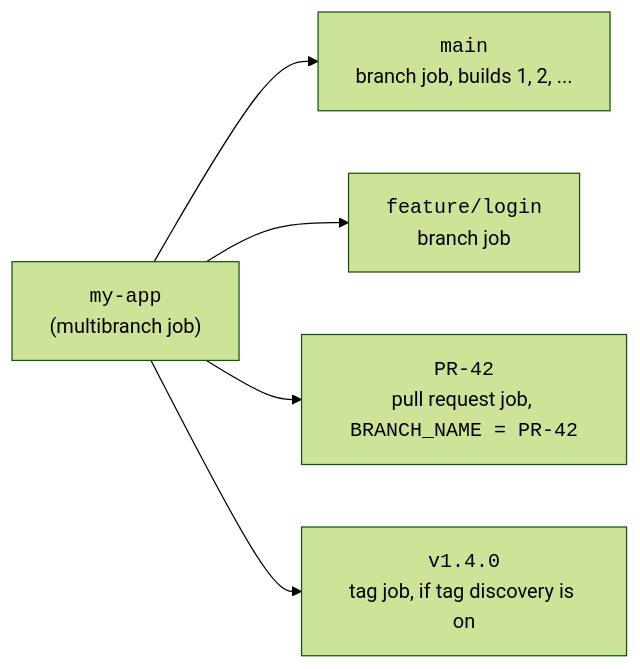
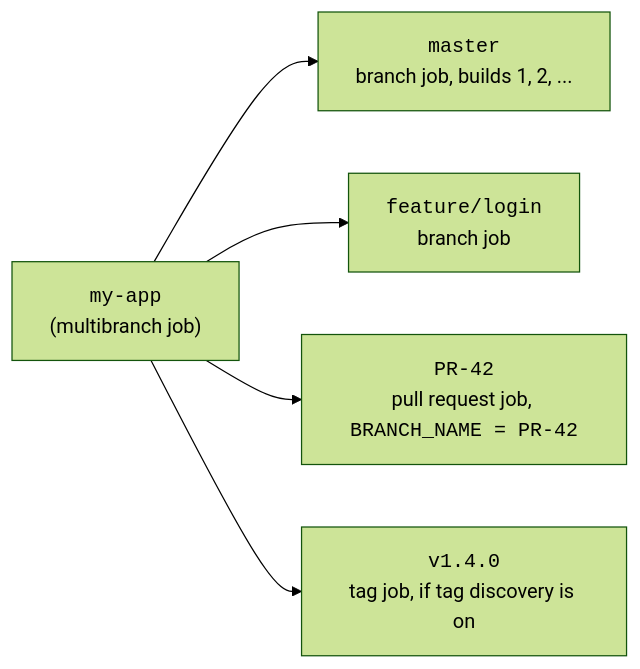
The second of 2 diagrams in src/content/concepts/how-jenkins-runs-your-pipeline.md (dylankenneally/jenkins-cookbook), drawn with Mermaid (forest theme) before and after one commit. The commit also changed other lines of this file and 79 other files, not shown here.

````diff
--- a/src/content/concepts/how-jenkins-runs-your-pipeline.md
+++ b/src/content/concepts/how-jenkins-runs-your-pipeline.md
@@ -135,7 +135,7 @@
 ```mermaid
 flowchart LR
-    app["<code>my-app</code><br/>(multibranch job)"] --> main["<code>main</code><br/>branch job, builds 1, 2, ..."]
+    app["<code>my-app</code><br/>(multibranch job)"] --> master["<code>master</code><br/>branch job, builds 1, 2, ..."]
     app --> feature["<code>feature/login</code><br/>branch job"]
     app --> pr["<code>PR-42</code><br/>pull request job, <code>BRANCH_NAME = PR-42</code>"]
     app --> tag["<code>v1.4.0</code><br/>tag job, if tag discovery is on"]
 ```
````
